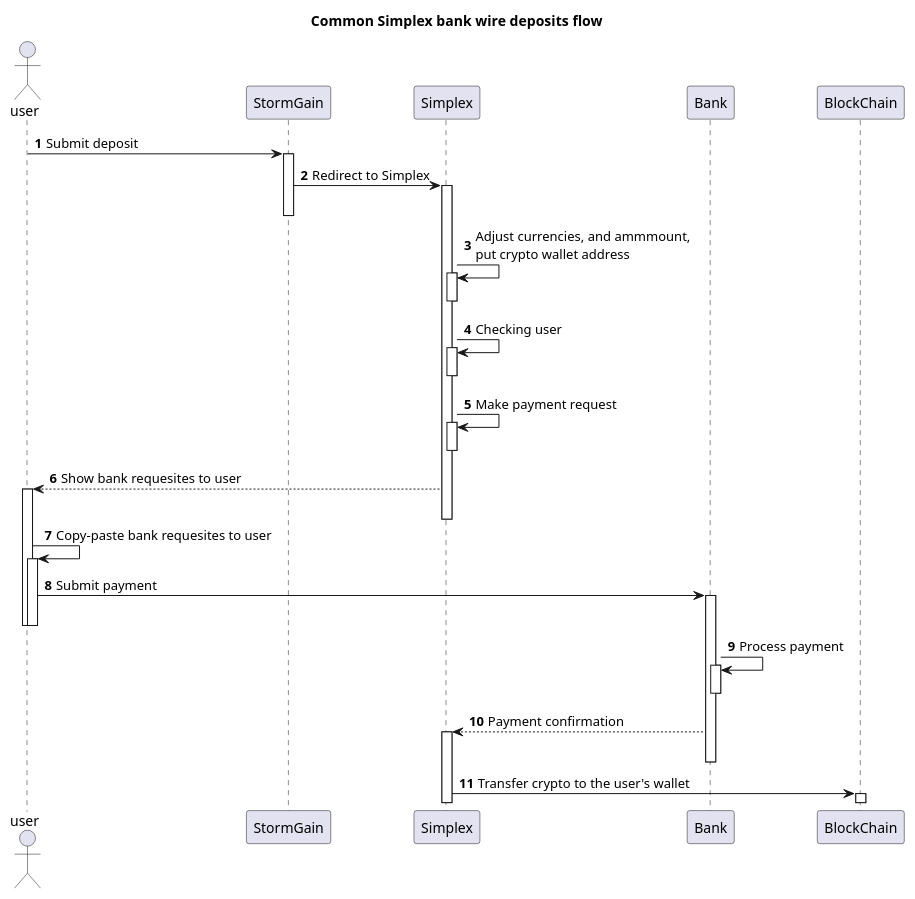
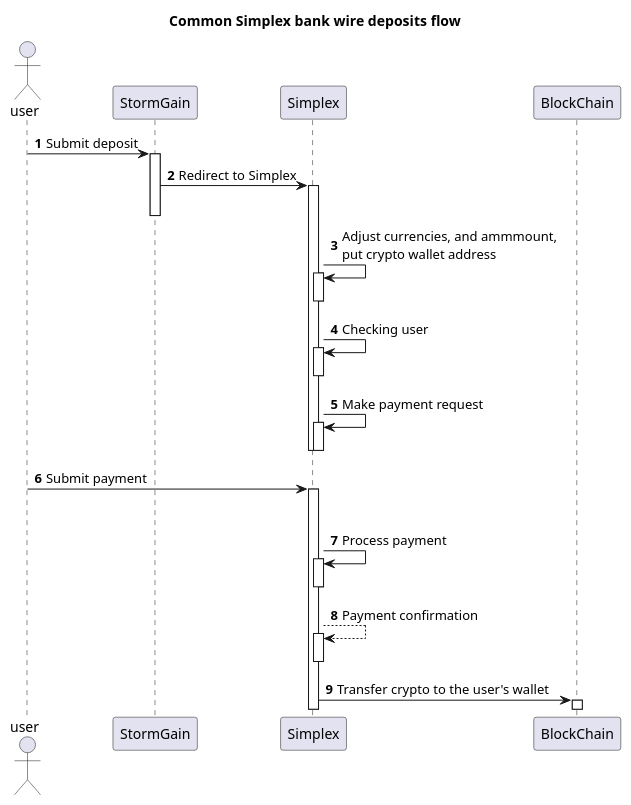
One commit to milovdg/UMLPractice changed the diagram in UML practice/docs/diagrams/src/OMEGA-110 Simplex deposits/commonDiagram.wsd. Above: the diagram before and after it, drawn with PlantUML.

Commit message:
10.09.2021-3

```diff
--- a/UML practice/docs/diagrams/src/OMEGA-110 Simplex deposits/commonDiagram.wsd
+++ b/UML practice/docs/diagrams/src/OMEGA-110 Simplex deposits/commonDiagram.wsd
@@ -1,44 +1,40 @@
 @startuml
 
 title Common Simplex bank wire deposits flow
 
 autonumber
 
 actor user
 participant StormGain
 participant Simplex
-participant Bank
 participant BlockChain
 
 user -> StormGain ++: Submit deposit
 
 StormGain -> Simplex ++: Redirect to Simplex
 deactivate StormGain
 
 Simplex -> Simplex ++: Adjust currencies, and ammmount, \nput crypto wallet address
 deactivate Simplex
 
 Simplex -> Simplex ++: Checking user
 deactivate Simplex
 
 Simplex -> Simplex ++: Make payment request
 deactivate Simplex
-
-Simplex --> user ++: Show bank requesites to user
 deactivate Simplex
 
-user -> user ++: Copy-paste bank requesites to user
-
-user -> Bank ++: Submit payment
+user -> Simplex ++: Submit payment
 deactivate user
 deactivate user
 
-Bank -> Bank ++: Process payment
-deactivate Bank
-Bank --> Simplex ++: Payment confirmation
-deactivate Bank
+Simplex -> Simplex ++: Process payment
+deactivate Simplex
+
+Simplex --> Simplex ++: Payment confirmation
+deactivate Simplex
 
 Simplex -> BlockChain ++: Transfer crypto to the user's wallet
 
 
 @enduml
```
